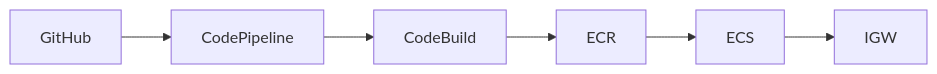
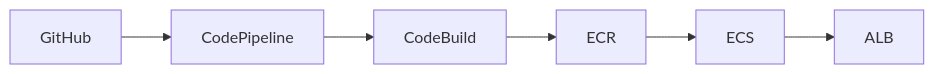
The diagram in README.md (vineeth729/spring-boot-app), drawn with Mermaid before and after one commit.

````diff
--- a/README.md
+++ b/README.md
@@ -19,4 +19,4 @@
 ```mermaid  
 graph LR  
-    GitHub --> CodePipeline --> CodeBuild --> ECR --> ECS --> IGW  
+    GitHub --> CodePipeline --> CodeBuild --> ECR --> ECS --> ALB  
 ```    
````
